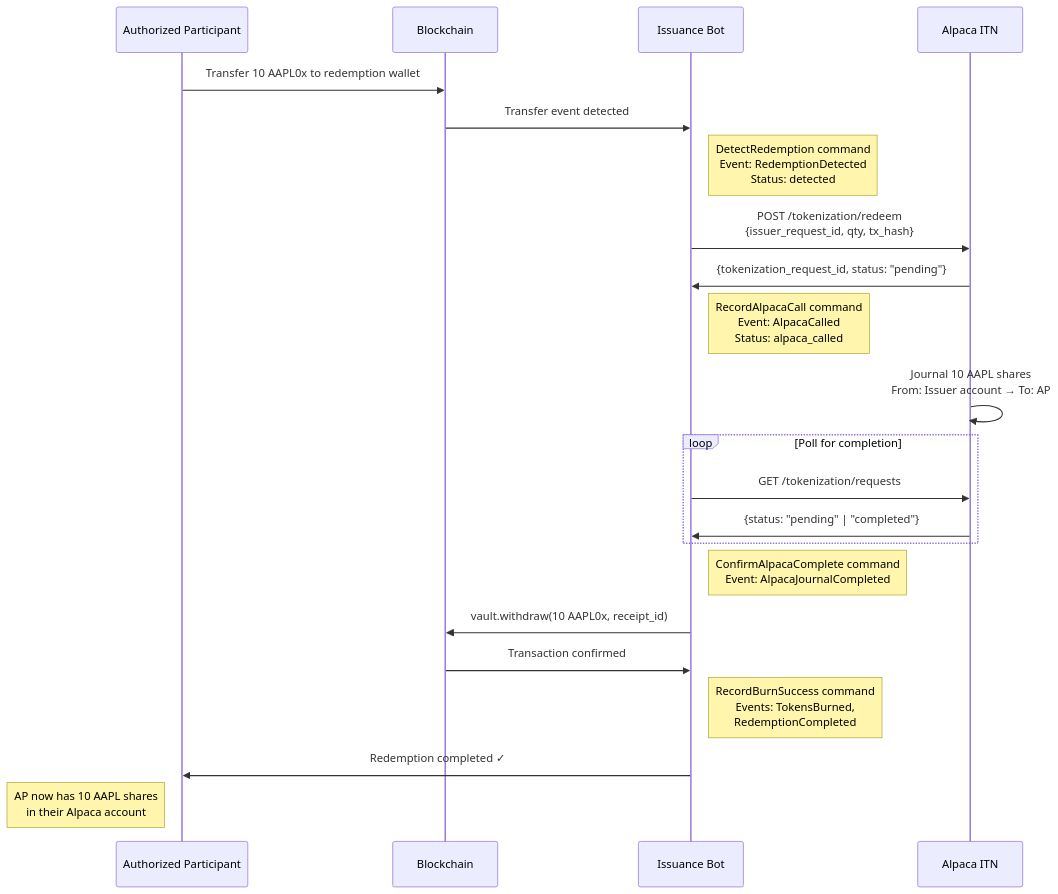
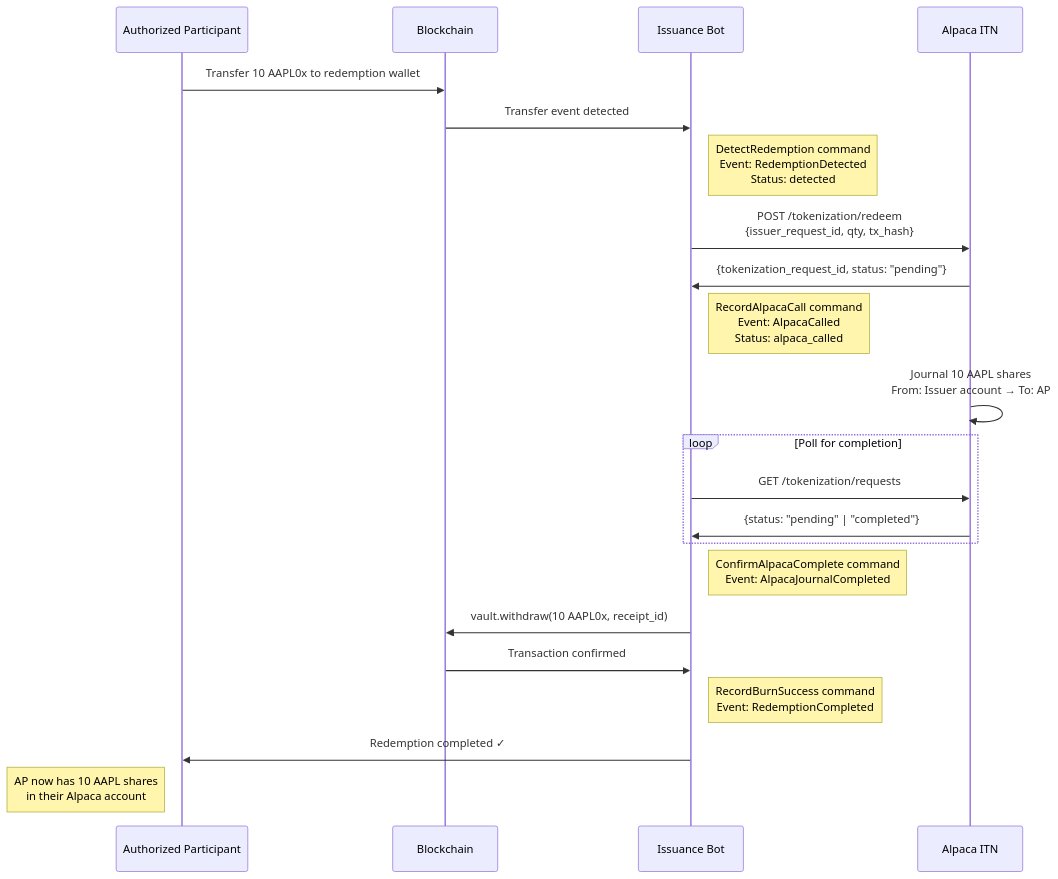
One commit to ST0x-Technology/st0x.issuance changed the fourth of 6 diagrams in SPEC.md. Above: the diagram before and after it, drawn with Mermaid. The commit also changed other lines of this file and 1 other file, not shown here.

````diff
--- a/SPEC.md
+++ b/SPEC.md
@@ -765,31 +763,31 @@
 ```mermaid
 sequenceDiagram
     participant AP as Authorized Participant
     participant Blockchain as Blockchain
     participant Us as Issuance Bot
     participant Alpaca as Alpaca ITN
 
     AP->>Blockchain: Transfer 10 AAPL0x to redemption wallet
     Blockchain->>Us: Transfer event detected
     Note right of Us: DetectRedemption command<br/>Event: RedemptionDetected<br/>Status: detected
 
     Us->>Alpaca: POST /tokenization/redeem<br/>{issuer_request_id, qty, tx_hash}
     Alpaca->>Us: {tokenization_request_id, status: "pending"}
     Note right of Us: RecordAlpacaCall command<br/>Event: AlpacaCalled<br/>Status: alpaca_called
 
     Alpaca->>Alpaca: Journal 10 AAPL shares<br/>From: Issuer account → To: AP
 
     loop Poll for completion
         Us->>Alpaca: GET /tokenization/requests
         Alpaca->>Us: {status: "pending" | "completed"}
     end
 
     Note right of Us: ConfirmAlpacaComplete command<br/>Event: AlpacaJournalCompleted
 
     Us->>Blockchain: vault.withdraw(10 AAPL0x, receipt_id)
     Blockchain->>Us: Transaction confirmed
-    Note right of Us: RecordBurnSuccess command<br/>Events: TokensBurned,<br/>RedemptionCompleted
+    Note right of Us: RecordBurnSuccess command<br/>Event: RedemptionCompleted
 
     Us->>AP: Redemption completed ✓
     Note left of AP: AP now has 10 AAPL shares<br/>in their Alpaca account
 ```
````
